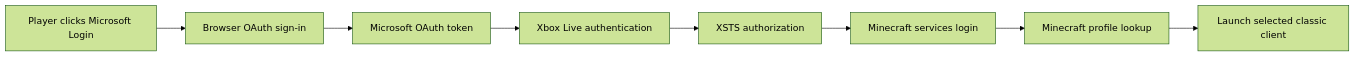
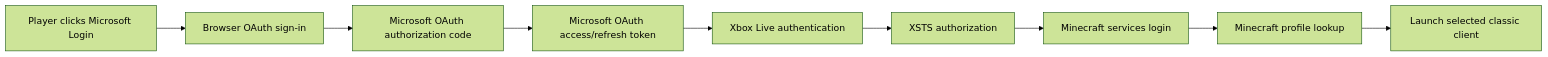
Before and after one commit to VinceGuyMan/MCLauncherRevival: the first of 2 diagrams in docs/AUTH_FLOW.md, drawn with Mermaid (forest theme). The commit also changed other lines of this file and 10 other files, not shown here.

````diff
--- a/docs/AUTH_FLOW.md
+++ b/docs/AUTH_FLOW.md
@@ -7,19 +7,21 @@
 ```mermaid
 flowchart LR
     User["Player clicks Microsoft Login"]
     Browser["Browser OAuth sign-in"]
-    MS["Microsoft OAuth token"]
+    MS["Microsoft OAuth authorization code"]
+    MSToken["Microsoft OAuth access/refresh token"]
     XBL["Xbox Live authentication"]
     XSTS["XSTS authorization"]
     MC["Minecraft services login"]
     Profile["Minecraft profile lookup"]
     Launch["Launch selected classic client"]
 
     User --> Browser
     Browser --> MS
-    MS --> XBL
+    MS --> MSToken
+    MSToken --> XBL
     XBL --> XSTS
     XSTS --> MC
     MC --> Profile
     Profile --> Launch
 ```
````
